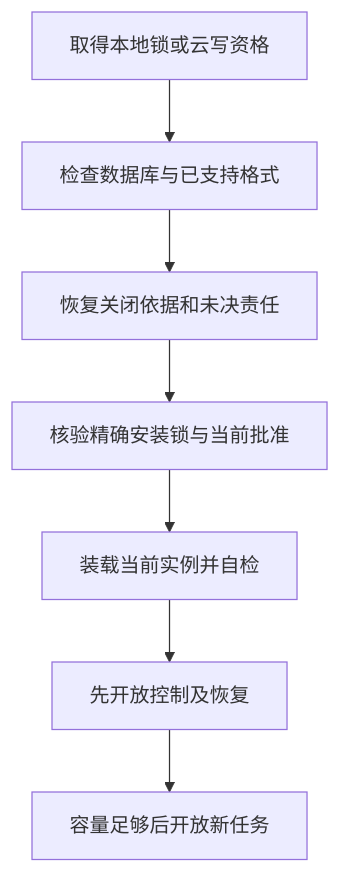
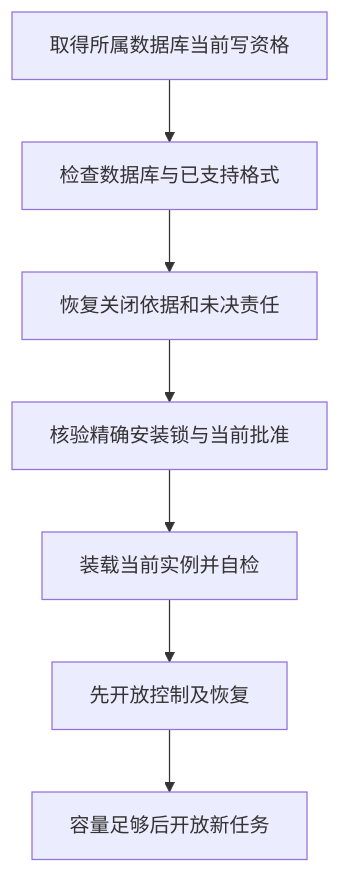
One commit to ruipengliu/lerna changed the second of 2 diagrams in docs/architecture/deployment.md. Above: the diagram before and after it, drawn with Mermaid. The commit also changed other lines of this file and 95 other files, not shown here.

Commit message:
docs: define production distributed architecture

````diff
--- a/docs/architecture/deployment.md
+++ b/docs/architecture/deployment.md
@@ -143,9 +170,9 @@
 ```mermaid
 flowchart TB
-    S[取得本地锁或云写资格] --> D[检查数据库与已支持格式]
+    S[取得所属数据库当前写资格] --> D[检查数据库与已支持格式]
     D --> C[恢复关闭依据和未决责任]
     C --> A[核验精确安装锁与当前批准]
     A --> I[装载当前实例并自检]
     I --> R[先开放控制及恢复]
     R --> N[容量足够后开放新任务]
 ```
````
